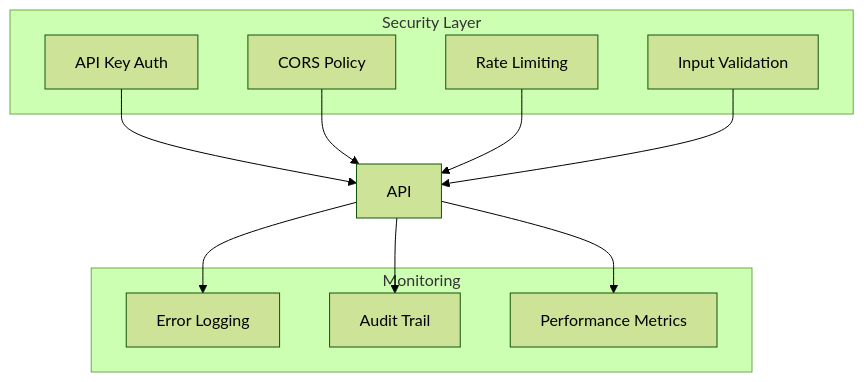
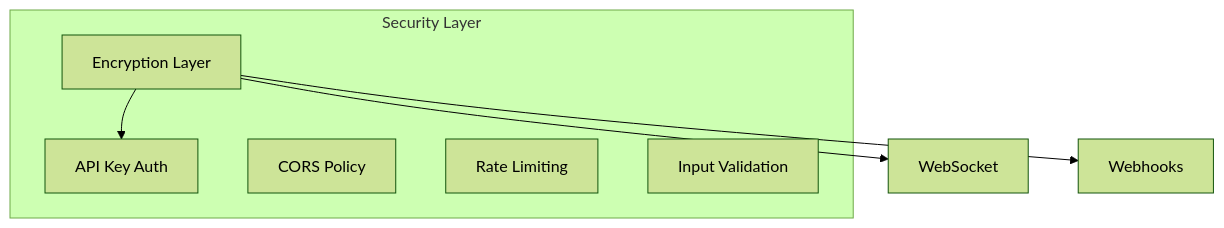
One commit to arnesssr/Backendpms changed the tenth of 10 diagrams in docs/ARCHITECTURE.md. Above: the diagram before and after it, drawn with Mermaid (forest theme). The commit also changed other lines of this file and 20 other files, not shown here.

````diff
--- a/docs/ARCHITECTURE.md
+++ b/docs/ARCHITECTURE.md
@@ -191,23 +211,14 @@
 ```mermaid
 graph TB
     subgraph "Security Layer"
         API_KEY[API Key Auth]
         CORS[CORS Policy]
         RATE[Rate Limiting]
         VAL[Input Validation]
+        ENC[Encryption Layer]
     end
 
-    subgraph "Monitoring"
-        LOG[Error Logging]
-        AUDIT[Audit Trail]
-        METRICS[Performance Metrics]
-    end
-
-    API_KEY --> API
-    CORS --> API
-    RATE --> API
-    VAL --> API
-    API --> LOG
-    API --> AUDIT
-    API --> METRICS
+    ENC --> API_KEY
+    ENC --> WebSocket
+    ENC --> Webhooks
 ```
````
